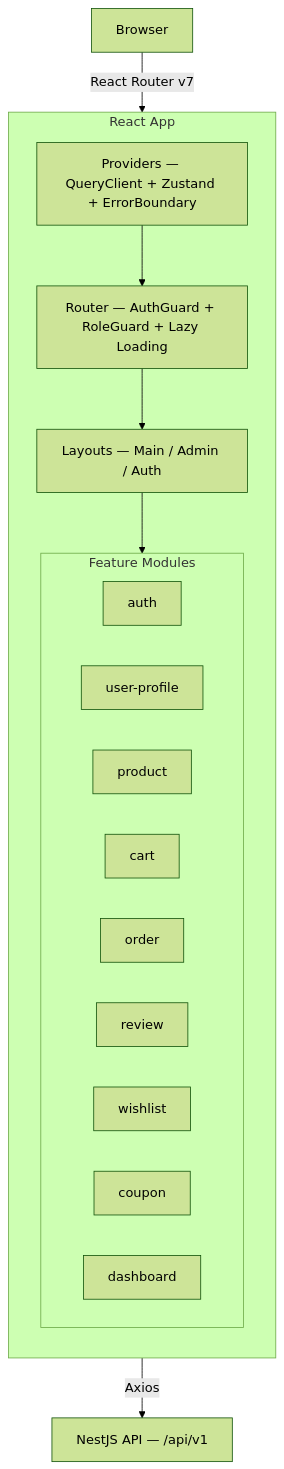
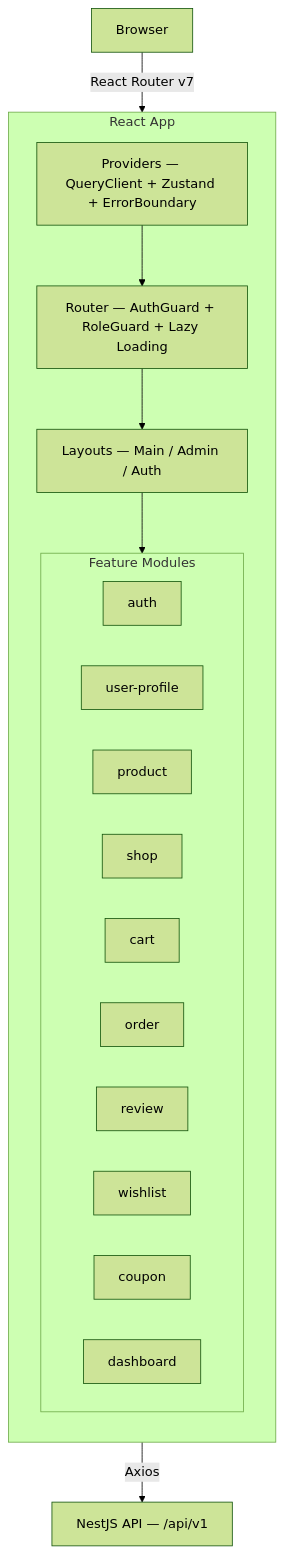
Before and after one commit to Hy-Khang/E-commerce-shop-Amazon-: the first of 2 diagrams in frontend-react/docs/FE-ARCHITECTURE.md, drawn with Mermaid (forest theme). The commit also changed other lines of this file and 80 other files, not shown here.

````diff
--- a/frontend-react/docs/FE-ARCHITECTURE.md
+++ b/frontend-react/docs/FE-ARCHITECTURE.md
@@ -5,26 +5,27 @@
 ```mermaid
 graph TB
     Browser["Browser"] -->|React Router v7| App["React 19 + Vite"]
 
     subgraph App["React App"]
         direction TB
         Providers["Providers — QueryClient + Zustand + ErrorBoundary"]
         Providers --> Router["Router — AuthGuard + RoleGuard + Lazy Loading"]
         Router --> Layouts["Layouts — Main / Admin / Auth"]
         Layouts --> Features
 
         subgraph Features["Feature Modules"]
             Auth["auth"]
             UP["user-profile"]
             Prod["product"]
+            Shop["shop"]
             Cart["cart"]
             Order["order"]
             Review["review"]
             Wishlist["wishlist"]
             Coupon["coupon"]
             Dashboard["dashboard"]
         end
     end
 
     App -->|Axios| API["NestJS API — /api/v1"]
 ```
````
